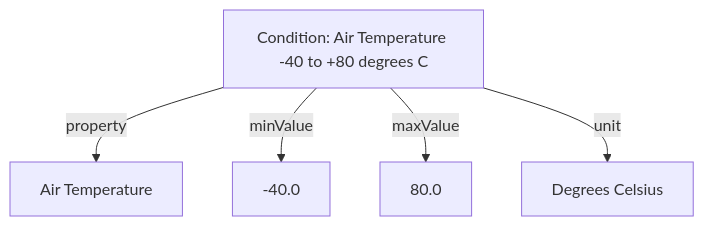
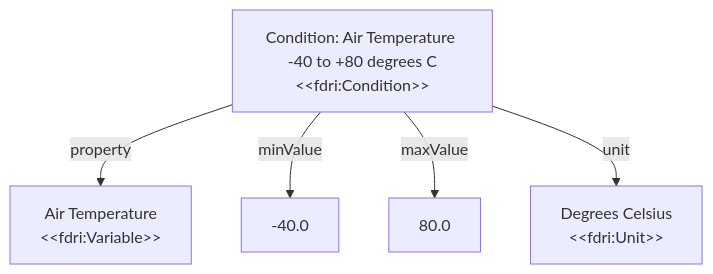
One commit to NERC-CEH/fdri-ontology changed the third of 10 diagrams in doc/sensor-capabilities.md. Above: the diagram before and after it, drawn with Mermaid. The commit also changed other lines of this file, not shown here.

````diff
--- a/doc/sensor-capabilities.md
+++ b/doc/sensor-capabilities.md
@@ -49,10 +55,13 @@
 ```mermaid
 flowchart
-taCond["Condition: Air Temperature -40 to +80 degrees C"]
-ta["Air Temperature"]
-degc["Degrees Celsius"]
+taCond["Condition: Air Temperature -40 to +80 degrees C
+&lt;&lt;fdri:Condition&gt;&gt;"]
+ta["Air Temperature
+&lt;&lt;fdri:Variable&gt;&gt;"]
+degc["Degrees Celsius
+&lt;&lt;fdri:Unit&gt;&gt;"]
 taCond --property--> ta
 taCond --minValue--> taMin["-40.0"]
 taCond --maxValue--> taMax["80.0"]
 taCond --unit--> degc
 ```
````
